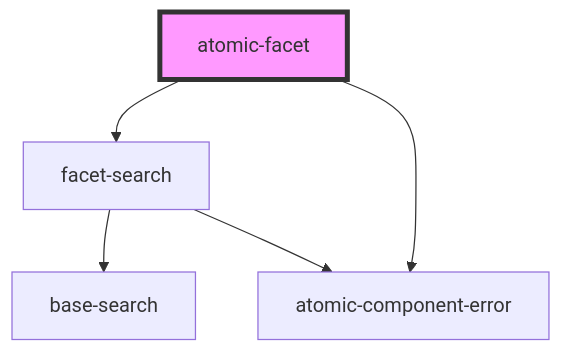
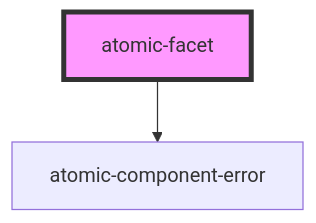
One commit to coveo/ui-kit changed the diagram in packages/atomic/src/components/facets/atomic-facet/readme.md. Above: the diagram before and after it, drawn with Mermaid. The commit also changed other lines of this file and 6 other files, not shown here.

First line of the commit message:
feat(atomic): date Facet Component

````diff
--- a/packages/atomic/src/components/facets/atomic-facet/readme.md
+++ b/packages/atomic/src/components/facets/atomic-facet/readme.md
@@ -25,8 +24,5 @@
 ```mermaid
 graph TD;
-  atomic-facet --> facet-search
   atomic-facet --> atomic-component-error
-  facet-search --> base-search
-  facet-search --> atomic-component-error
   style atomic-facet fill:#f9f,stroke:#333,stroke-width:4px
 ```
````
